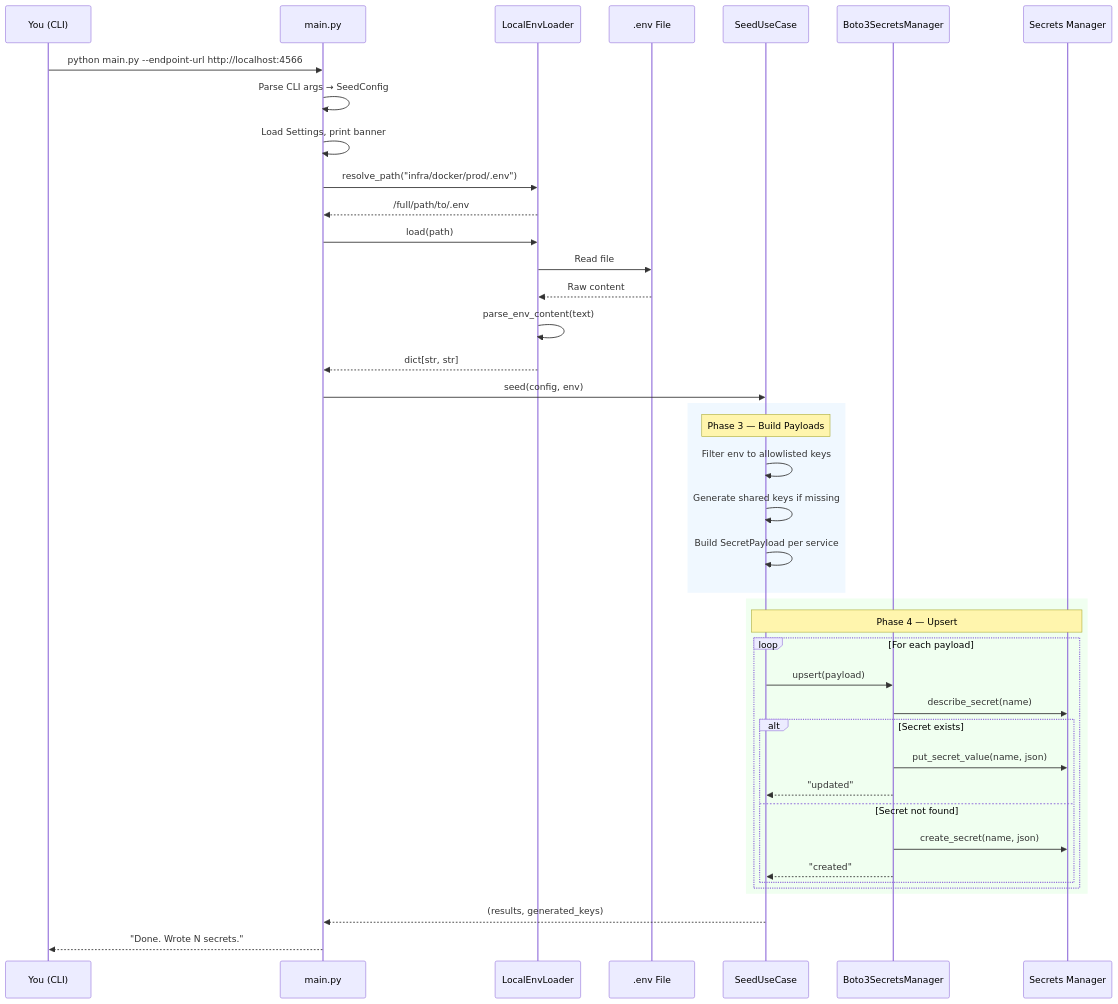
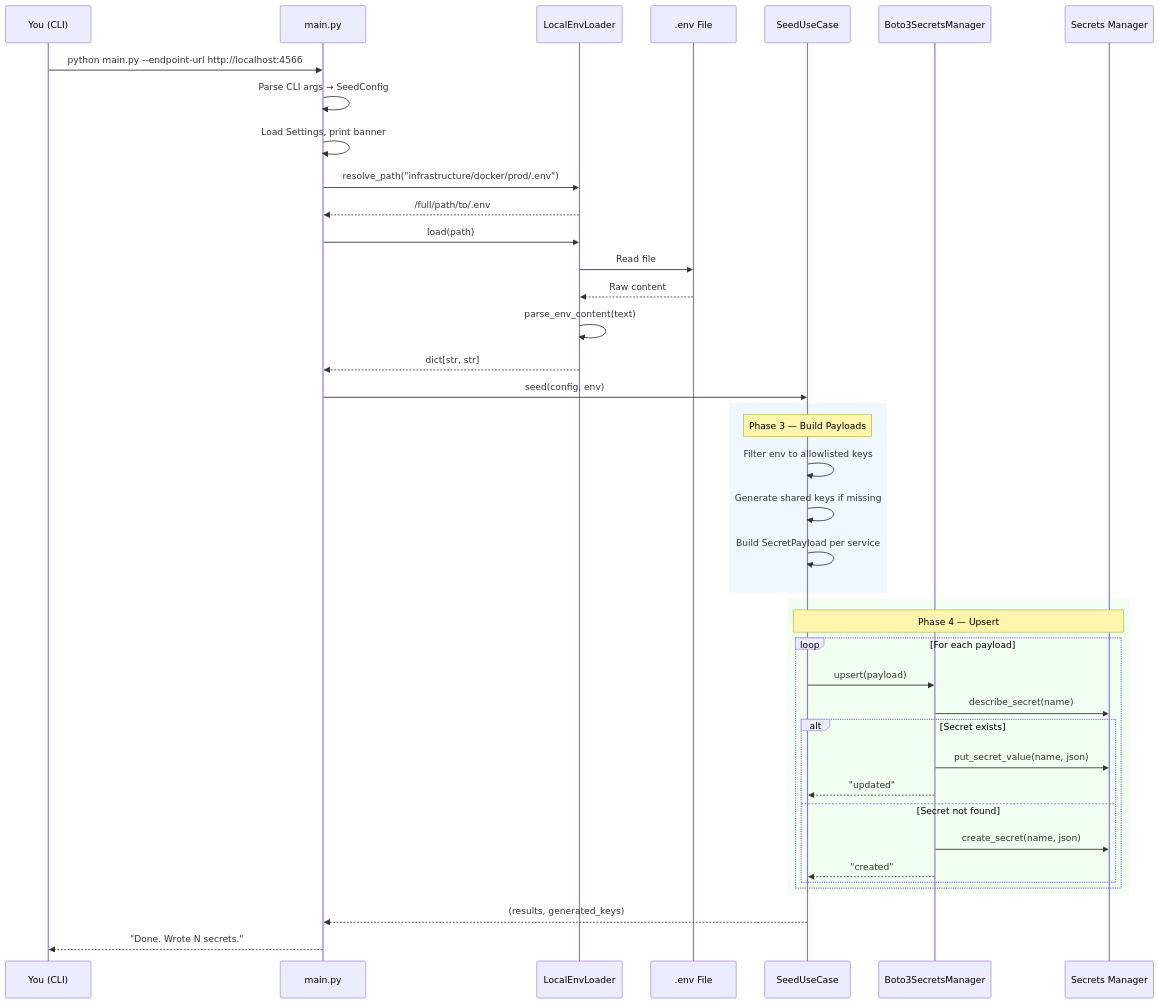
Before and after one commit to kunalPisolkar24/topos: the second of 8 diagrams in tools/seed-secrets/docs/concepts/seeding-flow.md, drawn with Mermaid. The commit also changed other lines of this file and 20 other files, not shown here.

````diff
--- a/tools/seed-secrets/docs/concepts/seeding-flow.md
+++ b/tools/seed-secrets/docs/concepts/seeding-flow.md
@@ -26,50 +26,50 @@
 ```mermaid
 sequenceDiagram
     participant You as You (CLI)
     participant Main as main.py
     participant Loader as LocalEnvLoader
     participant Env as .env File
     participant UseCase as SeedUseCase
     participant Store as Boto3SecretsManager
     participant AWS as Secrets Manager
 
     You->>Main: python main.py --endpoint-url http://localhost:4566
     Main->>Main: Parse CLI args → SeedConfig
     Main->>Main: Load Settings, print banner
 
-    Main->>Loader: resolve_path("infra/docker/prod/.env")
+    Main->>Loader: resolve_path("infrastructure/docker/prod/.env")
     Loader-->>Main: /full/path/to/.env
 
     Main->>Loader: load(path)
     Loader->>Env: Read file
     Env-->>Loader: Raw content
     Loader->>Loader: parse_env_content(text)
     Loader-->>Main: dict[str, str]
 
     Main->>UseCase: seed(config, env)
 
     rect rgb(240, 248, 255)
         Note over UseCase: Phase 3 — Build Payloads
         UseCase->>UseCase: Filter env to allowlisted keys
         UseCase->>UseCase: Generate shared keys if missing
         UseCase->>UseCase: Build SecretPayload per service
     end
 
     rect rgb(240, 255, 240)
         Note over UseCase,AWS: Phase 4 — Upsert
         loop For each payload
             UseCase->>Store: upsert(payload)
             Store->>AWS: describe_secret(name)
             alt Secret exists
                 Store->>AWS: put_secret_value(name, json)
                 Store-->>UseCase: "updated"
             else Secret not found
                 Store->>AWS: create_secret(name, json)
                 Store-->>UseCase: "created"
             end
         end
     end
 
     UseCase-->>Main: (results, generated_keys)
     Main-->>You: "Done. Wrote N secrets."
 ```
````
